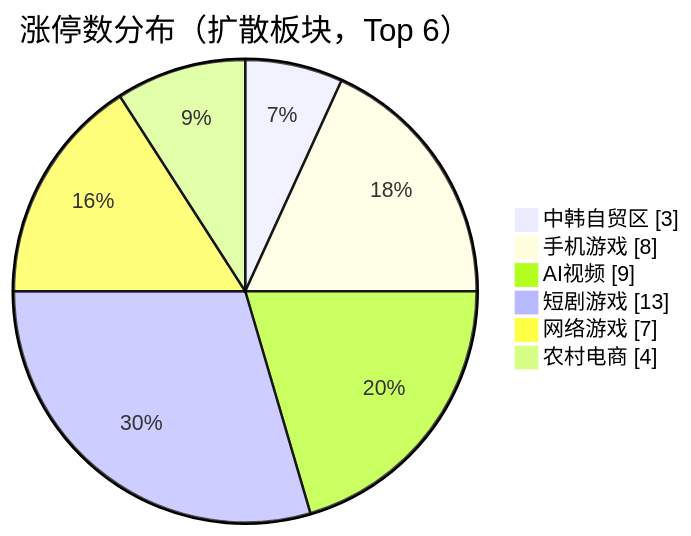
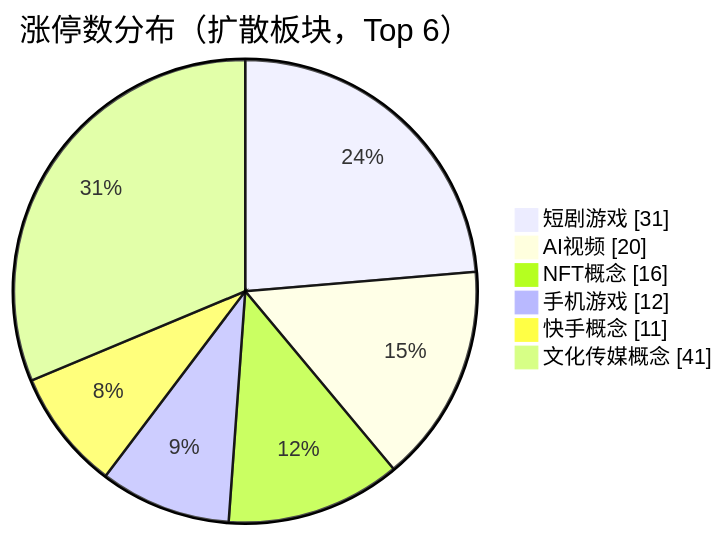
Before and after one commit to chenyang1999/chzl-kg: the first of 4 diagrams in content/投研交易/盘中分析/20261102.md, drawn with Mermaid. The commit also changed other lines of this file and 3 other files, not shown here.

````diff
--- a/content/投研交易/盘中分析/20261102.md
+++ b/content/投研交易/盘中分析/20261102.md
@@ -30,10 +30,10 @@
 ```mermaid
 pie showData
     title 涨停数分布（扩散板块，Top 6）
-    "中韩自贸区" : 3
-    "手机游戏" : 8
-    "AI视频" : 9
-    "短剧游戏" : 13
-    "网络游戏" : 7
-    "农村电商" : 4
+    "短剧游戏" : 31
+    "AI视频" : 20
+    "NFT概念" : 16
+    "手机游戏" : 12
+    "快手概念" : 11
+    "文化传媒概念" : 41
 ```
````
